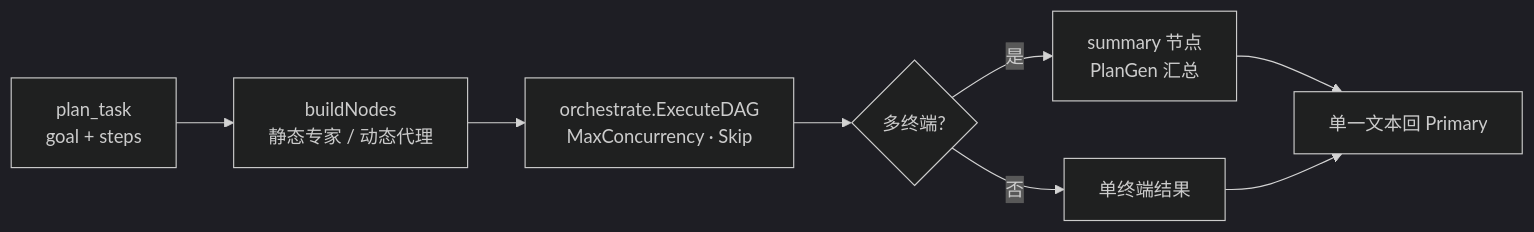
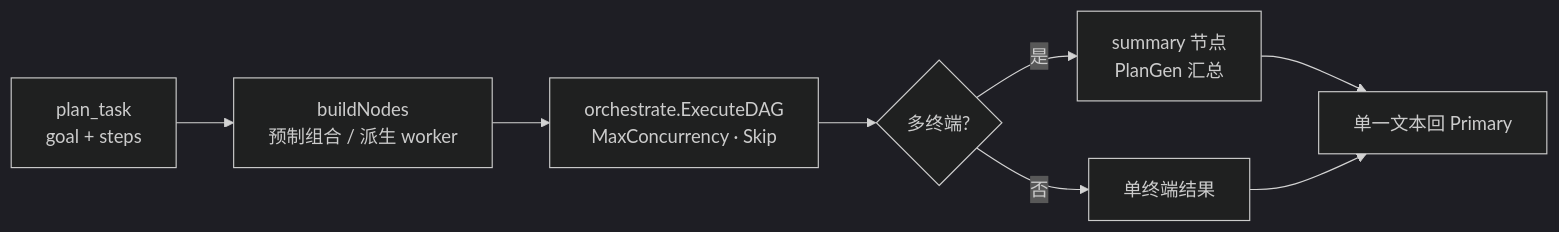
One commit to vogo/vv changed the second of 2 diagrams in doc/domains/core/orchestration/design.md. Above: the diagram before and after it, drawn with Mermaid (dark theme). The commit also changed other lines of this file and 35 other files, not shown here.

````diff
--- a/doc/domains/core/orchestration/design.md
+++ b/doc/domains/core/orchestration/design.md
@@ -101,10 +103,10 @@
 ```mermaid
 flowchart LR
-    P[plan_task<br/>goal + steps] --> B[buildNodes<br/>静态专家 / 动态代理]
+    P[plan_task<br/>goal + steps] --> B[buildNodes<br/>预制组合 / 派生 worker]
     B --> D[orchestrate.ExecuteDAG<br/>MaxConcurrency · Skip]
     D --> S{多终端?}
     S -->|是| AGG[summary 节点<br/>PlanGen 汇总]
     S -->|否| ONE[单终端结果]
     AGG --> R[单一文本回 Primary]
     ONE --> R
 ```
````
